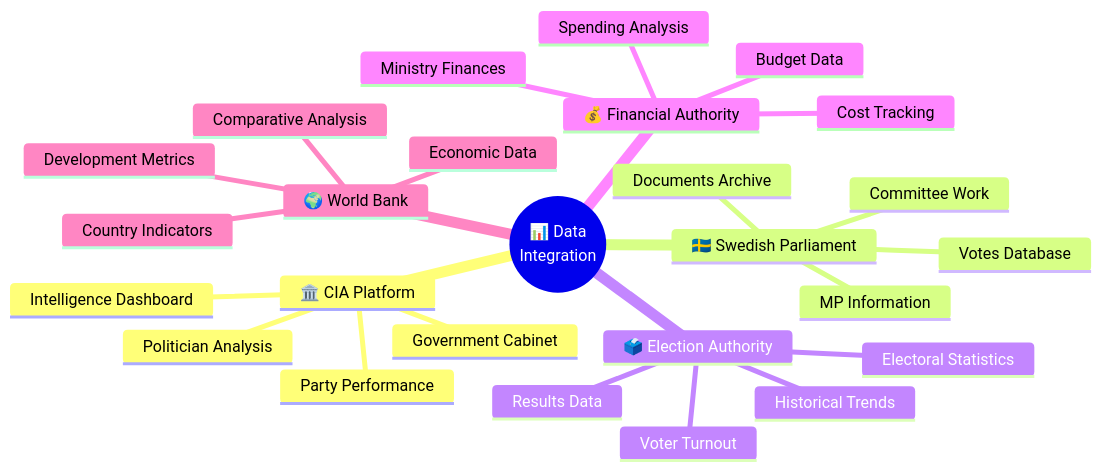
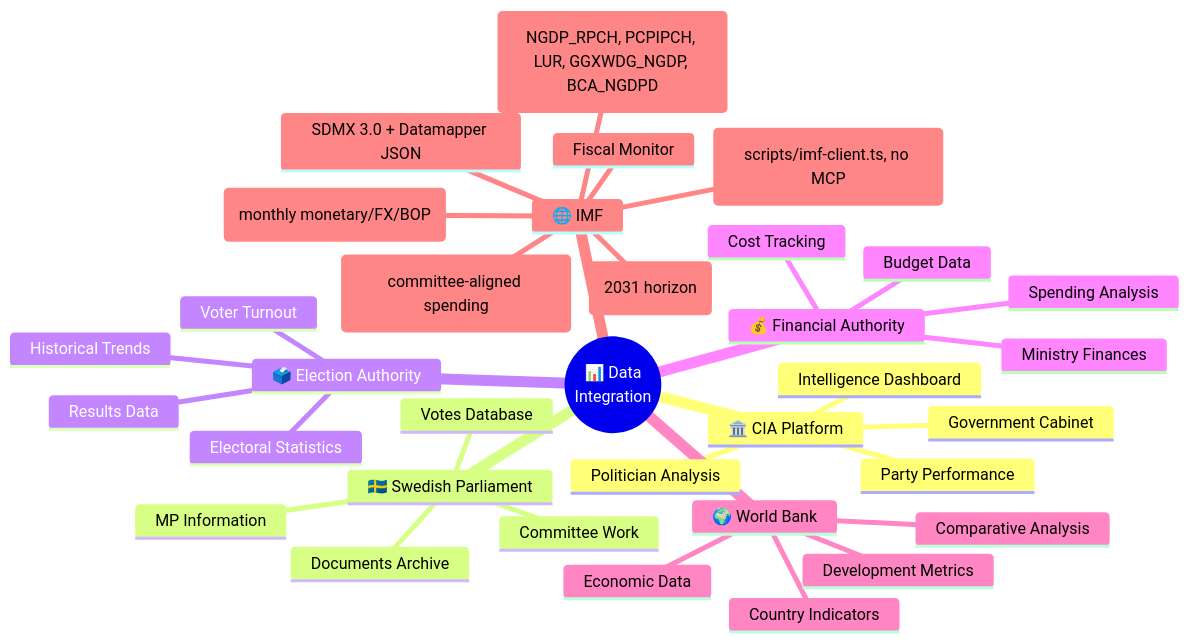
One commit to Hack23/riksdagsmonitor changed the fourth of 10 diagrams in MINDMAP.md. Above: the diagram before and after it, drawn with Mermaid. The commit also changed other lines of this file and 12 other files, not shown here.

First line of the commit message:
docs: add IMF data source to README, architecture, threat, and 11 other ISMS docs

````diff
--- a/MINDMAP.md
+++ b/MINDMAP.md
@@ -184,29 +187,37 @@
 ```mermaid
 mindmap
   root((📊 Data<br/>Integration))
     🏛️ CIA Platform
       Intelligence Dashboard
       Party Performance
       Government Cabinet
       Politician Analysis
     🇸🇪 Swedish Parliament
       Votes Database
       Documents Archive
       Committee Work
       MP Information
     🗳️ Election Authority
       Results Data
       Voter Turnout
       Electoral Statistics
       Historical Trends
     💰 Financial Authority
       Budget Data
       Spending Analysis
       Ministry Finances
       Cost Tracking
     🌍 World Bank
       Country Indicators
       Economic Data
       Development Metrics
       Comparative Analysis
+    🌐 IMF
+      WEO (NGDP_RPCH, PCPIPCH, LUR, GGXWDG_NGDP, BCA_NGDPD)
+      Fiscal Monitor
+      IFS (monthly monetary/FX/BOP)
+      GFS_COFOG (committee-aligned spending)
+      SDMX 3.0 + Datamapper JSON
+      T+5 Projections (2031 horizon)
+      Pure-TS client (scripts/imf-client.ts, no MCP)
 ```
````
